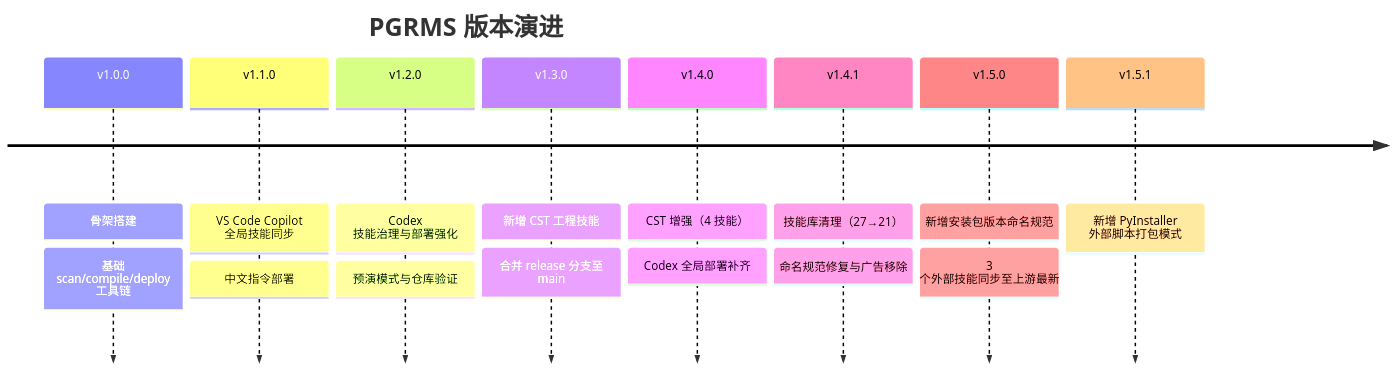
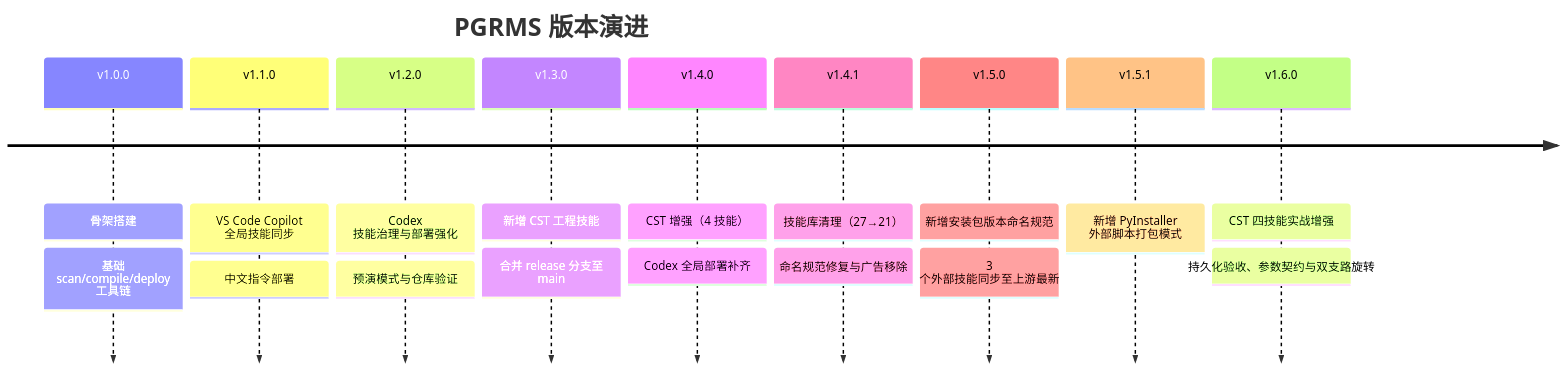
Before and after one commit to cr20085361/my_ai_skills: the third of 4 diagrams in README.md, drawn with Mermaid. The commit also changed other lines of this file, not shown here.

Commit message:
docs: 更新 v1.6.0 CST 归档说明与可视化

````diff
--- a/README.md
+++ b/README.md
@@ -74,19 +74,21 @@
 ```mermaid
 timeline
     title PGRMS 版本演进
     v1.0.0 : 骨架搭建
            : 基础 scan/compile/deploy 工具链
     v1.1.0 : VS Code Copilot 全局技能同步
            : 中文指令部署
     v1.2.0 : Codex 技能治理与部署强化
            : 预演模式与仓库验证
     v1.3.0 : 新增 CST 工程技能
            : 合并 release 分支至 main
     v1.4.0 : CST 增强（4 技能）
            : Codex 全局部署补齐
     v1.4.1 : 技能库清理（27→21）
            : 命名规范修复与广告移除
     v1.5.0 : 新增安装包版本命名规范
            : 3 个外部技能同步至上游最新
     v1.5.1 : 新增 PyInstaller 外部脚本打包模式
+    v1.6.0 : CST 四技能实战增强
+           : 持久化验收、参数契约与双支路旋转
 ```
````
